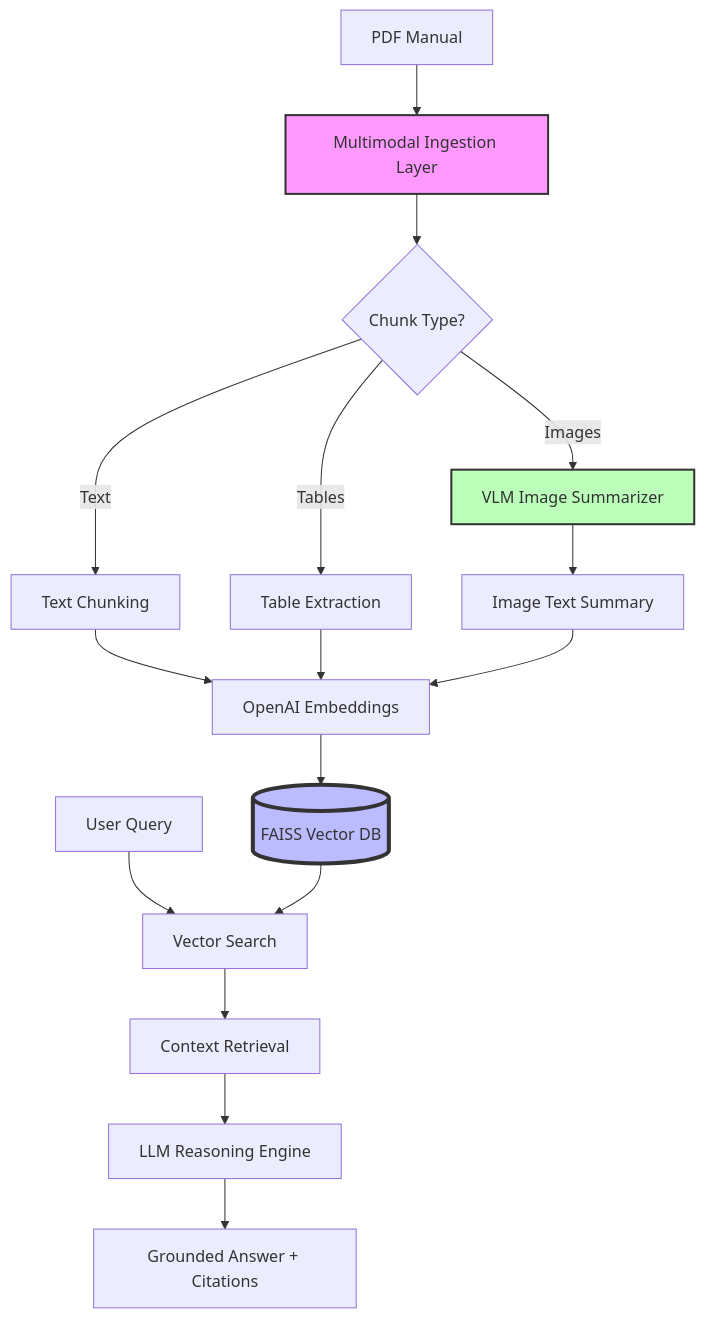
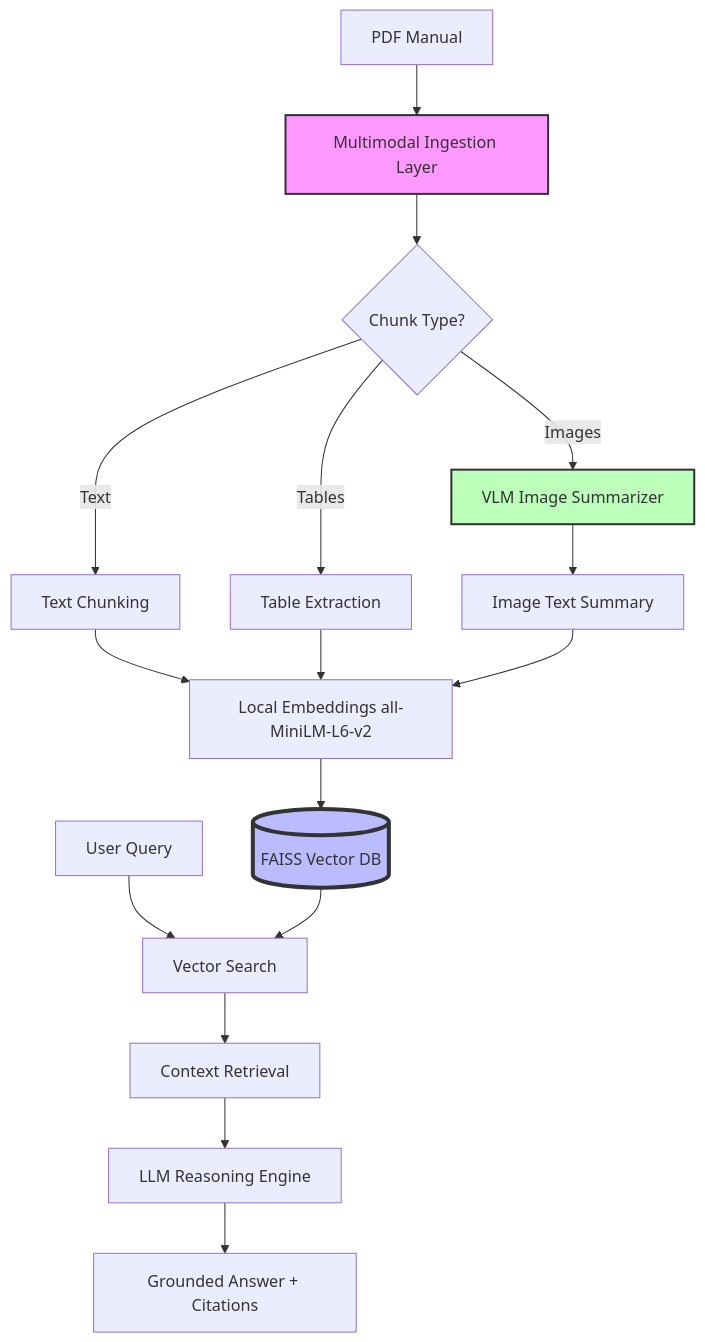
One commit to sardar-arif/multimodal-rag-assignment changed the diagram in README.md. Above: the diagram before and after it, drawn with Mermaid. The commit also changed other lines of this file and 10 other files, not shown here.

````diff
--- a/README.md
+++ b/README.md
@@ -43,21 +29,21 @@
 ```mermaid
 graph TD
     A[PDF Manual] --> B[Multimodal Ingestion Layer]
     B --> C{Chunk Type?}
     C -- Text --> D[Text Chunking]
     C -- Tables --> E[Table Extraction]
     C -- Images --> F[VLM Image Summarizer]
     F --> G[Image Text Summary]
-    D & E & G --> H[OpenAI Embeddings]
+    D & E & G --> H[Local Embeddings all-MiniLM-L6-v2]
     H --> I[(FAISS Vector DB)]
     
     J[User Query] --> K[Vector Search]
     I --> K
     K --> L[Context Retrieval]
     L --> M[LLM Reasoning Engine]
     M --> N[Grounded Answer + Citations]
     
     style B fill:#f9f,stroke:#333,stroke-width:2px
     style I fill:#bbf,stroke:#333,stroke-width:4px
     style F fill:#bfb,stroke:#333,stroke-width:2px
 ```
````
